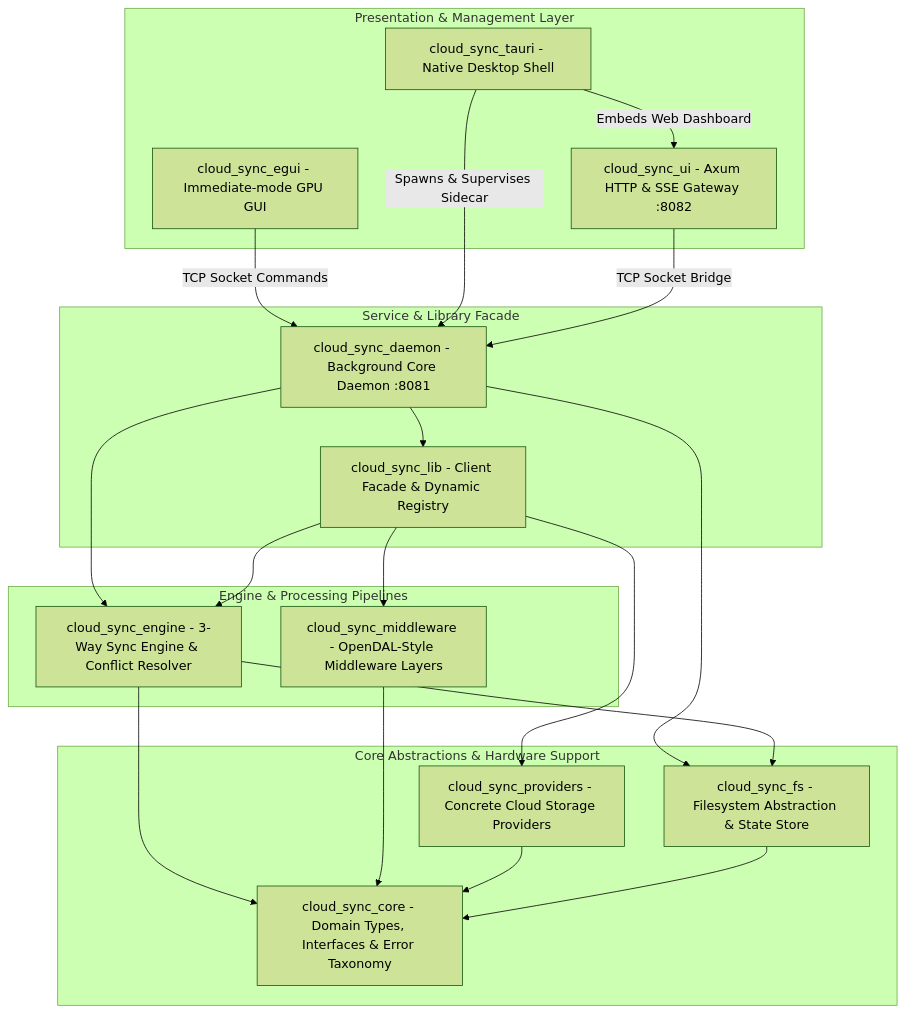
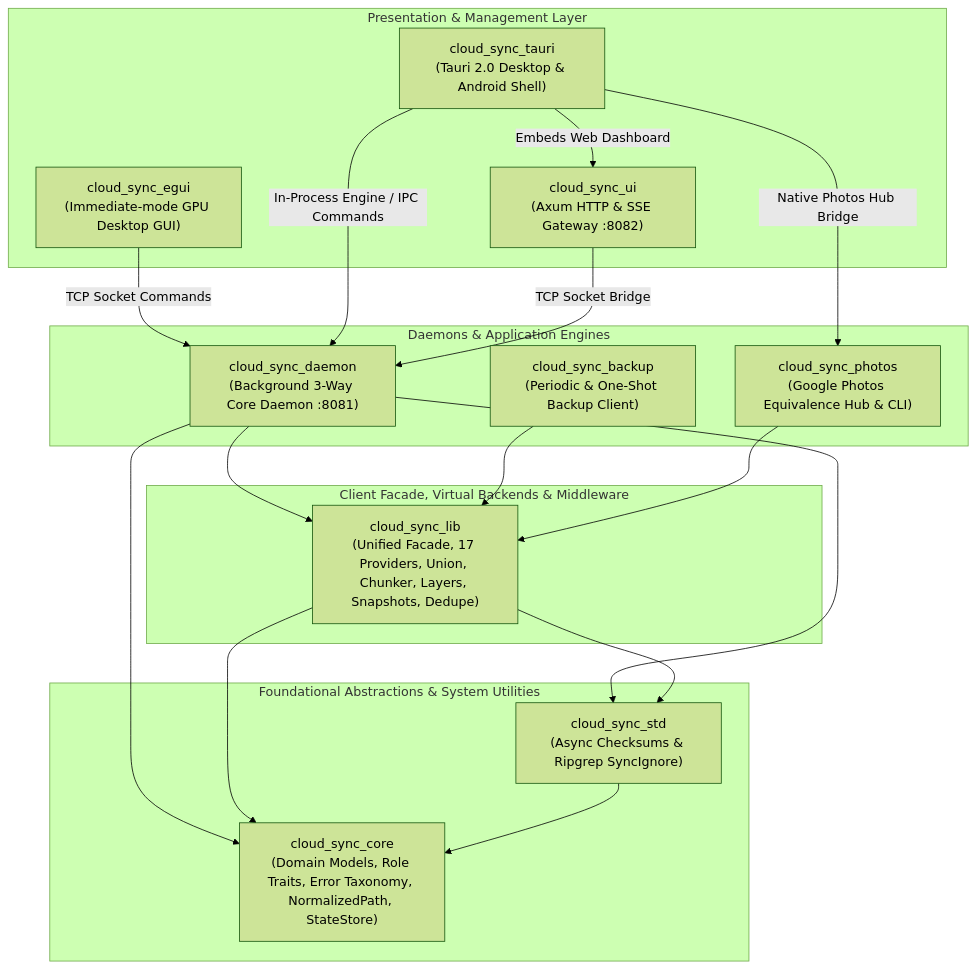
One commit to clockworkengineer/cloud_sync_lib changed the first of 3 diagrams in docs/ARCHITECTURE.md. Above: the diagram before and after it, drawn with Mermaid (forest theme). The commit also changed other lines of this file and 15 other files, not shown here.

````diff
--- a/docs/ARCHITECTURE.md
+++ b/docs/ARCHITECTURE.md
@@ -11,45 +11,42 @@
 ```mermaid
 graph TD
-    subgraph UI_And_Shell [Presentation & Management Layer]
-        egui_app[cloud_sync_egui - Immediate-mode GPU GUI]
-        tauri_app[cloud_sync_tauri - Native Desktop Shell]
-        ui_gw[cloud_sync_ui - Axum HTTP & SSE Gateway :8082]
+    subgraph Presentation_Layer [Presentation & Management Layer]
+        egui_app["cloud_sync_egui<br/>(Immediate-mode GPU Desktop GUI)"]
+        tauri_app["cloud_sync_tauri<br/>(Tauri 2.0 Desktop & Android Shell)"]
+        ui_gw["cloud_sync_ui<br/>(Axum HTTP & SSE Gateway :8082)"]
     end
 
-    subgraph Service_And_Lib [Service & Library Facade]
-        daemon[cloud_sync_daemon - Background Core Daemon :8081]
-        lib_facade[cloud_sync_lib - Client Facade & Dynamic Registry]
+    subgraph Service_And_Applications [Daemons & Application Engines]
+        daemon["cloud_sync_daemon<br/>(Background 3-Way Core Daemon :8081)"]
+        backup["cloud_sync_backup<br/>(Periodic & One-Shot Backup Client)"]
+        photos["cloud_sync_photos<br/>(Google Photos Equivalence Hub & CLI)"]
     end
 
-    subgraph Middleware_And_Engine [Engine & Processing Pipelines]
-        engine[cloud_sync_engine - 3-Way Sync Engine & Conflict Resolver]
-        middleware[cloud_sync_middleware - OpenDAL-Style Middleware Layers]
+    subgraph Library_Facade_And_Middleware [Client Facade, Virtual Backends & Middleware]
+        lib_facade["cloud_sync_lib<br/>(Unified Facade, 17 Providers, Union, Chunker, Layers, Snapshots, Dedupe)"]
     end
 
-    subgraph Domain_And_Hardware [Core Abstractions & Hardware Support]
-        providers[cloud_sync_providers - Concrete Cloud Storage Providers]
-        fs_crate[cloud_sync_fs - Filesystem Abstraction & State Store]
-        core[cloud_sync_core - Domain Types, Interfaces & Error Taxonomy]
+    subgraph Core_Abstractions_And_Utilities [Foundational Abstractions & System Utilities]
+        std_crate["cloud_sync_std<br/>(Async Checksums & Ripgrep SyncIgnore)"]
+        core_crate["cloud_sync_core<br/>(Domain Models, Role Traits, Error Taxonomy, NormalizedPath, StateStore)"]
     end
 
-    %% presentation dependencies
+    %% Presentation dependencies
     egui_app -->|TCP Socket Commands| daemon
-    tauri_app -->|Spawns & Supervises Sidecar| daemon
+    tauri_app -->|In-Process Engine / IPC Commands| daemon
     tauri_app -->|Embeds Web Dashboard| ui_gw
+    tauri_app -->|Native Photos Hub Bridge| photos
     ui_gw -->|TCP Socket Bridge| daemon
 
-    %% daemon dependencies
-    daemon --> engine
-    daemon --> fs_crate
+    %% Service dependencies
     daemon --> lib_facade
+    daemon --> std_crate
+    daemon --> core_crate
+    backup --> lib_facade
+    photos --> lib_facade
 
-    %% engine & lib facade dependencies
-    lib_facade --> middleware
-    lib_facade --> providers
-    lib_facade --> engine
-    engine --> core
-    engine --> fs_crate
-    middleware --> core
-    providers --> core
-    fs_crate --> core
+    %% Library facade dependencies
+    lib_facade --> core_crate
+    lib_facade --> std_crate
+    std_crate --> core_crate
 ```
````
